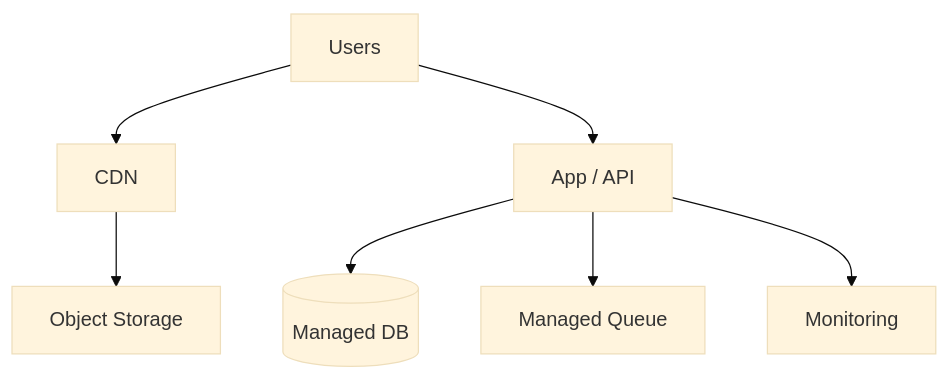
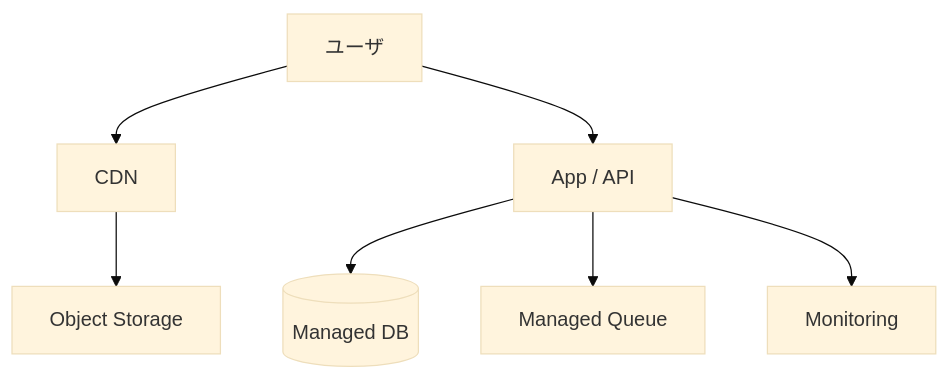
One commit to ShigeichiroYamasaki/creator-first-platform changed diagram 39 of 47 in docs/whitepaper/12-infrastructure-cost.md. Above: the diagram before and after it, drawn with Mermaid (base theme). The commit also changed other lines of this file and 67 other files, not shown here.

````diff
--- a/docs/whitepaper/12-infrastructure-cost.md
+++ b/docs/whitepaper/12-infrastructure-cost.md
@@ -1675,17 +1675,17 @@
 ```mermaid
 flowchart TD
-    USER[Users]
+    USER[ユーザ]
     CDN[CDN]
     APP[App / API]
     DB[(Managed DB)]
     OBJECT[Object Storage]
     EVENT[Managed Queue]
     MON[Monitoring]
 
     USER --> CDN
     USER --> APP
     APP --> DB
     CDN --> OBJECT
     APP --> EVENT
     APP --> MON
 ```
````
